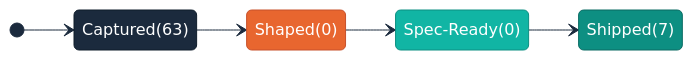
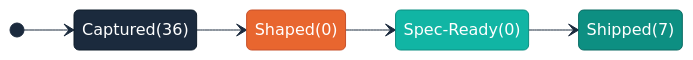
The third of 3 diagrams in README.md (ronjanusz-liatrio/arc), drawn with Mermaid before and after one commit. The commit also changed other lines of this file and 4 other files, not shown here.

First line of the commit message:
docs(arc): fix README lifecycle count and pipeline diagram label

````diff
--- a/README.md
+++ b/README.md
@@ -179,25 +179,25 @@
 ```mermaid
 %%{init: {'theme': 'base', 'themeVariables': {'primaryColor': '#11B5A4', 'primaryTextColor': '#FFFFFF', 'primaryBorderColor': '#0D8F82', 'secondaryColor': '#E8662F', 'secondaryTextColor': '#FFFFFF', 'secondaryBorderColor': '#C7502A', 'tertiaryColor': '#1B2A3D', 'tertiaryTextColor': '#FFFFFF', 'lineColor': '#1B2A3D', 'fontFamily': 'Inter, sans-serif'}}}%%
 stateDiagram-v2
     direction LR
 
-    state "Captured(63)" as captured
+    state "Captured(36)" as captured
     state "Shaped(0)" as shaped
     state "Spec-Ready(0)" as specready
     state "Shipped(7)" as shipped
 
     [*] --> captured
     captured --> shaped
     shaped --> specready
     specready --> shipped
 
     classDef capture fill:#1B2A3D,stroke:#0F1D2B,color:#FFFFFF
     classDef shape fill:#E8662F,stroke:#C7502A,color:#FFFFFF
     classDef ready fill:#11B5A4,stroke:#0D8F82,color:#FFFFFF
     classDef shipped fill:#0D8F82,stroke:#0A6B63,color:#FFFFFF
 
     class captured capture
     class shaped shape
     class specready ready
     class shipped shipped
 ```
````
